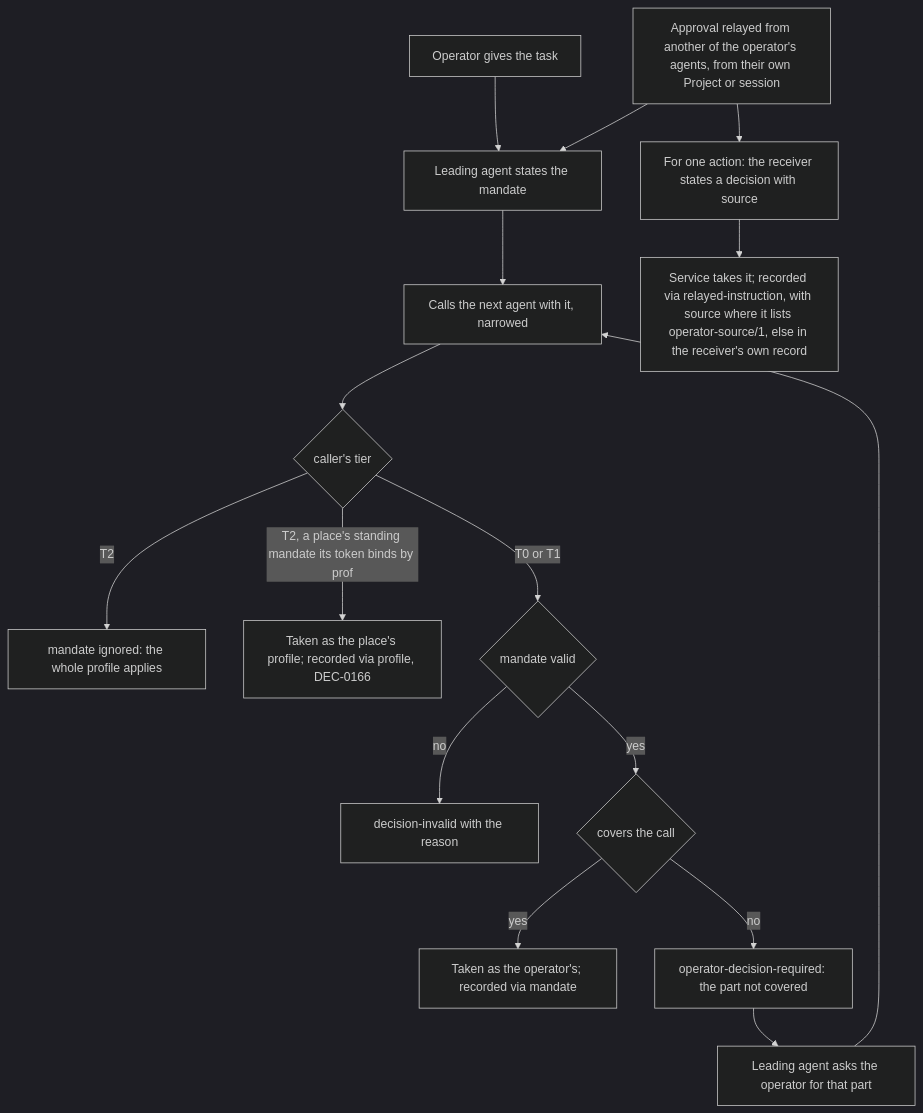
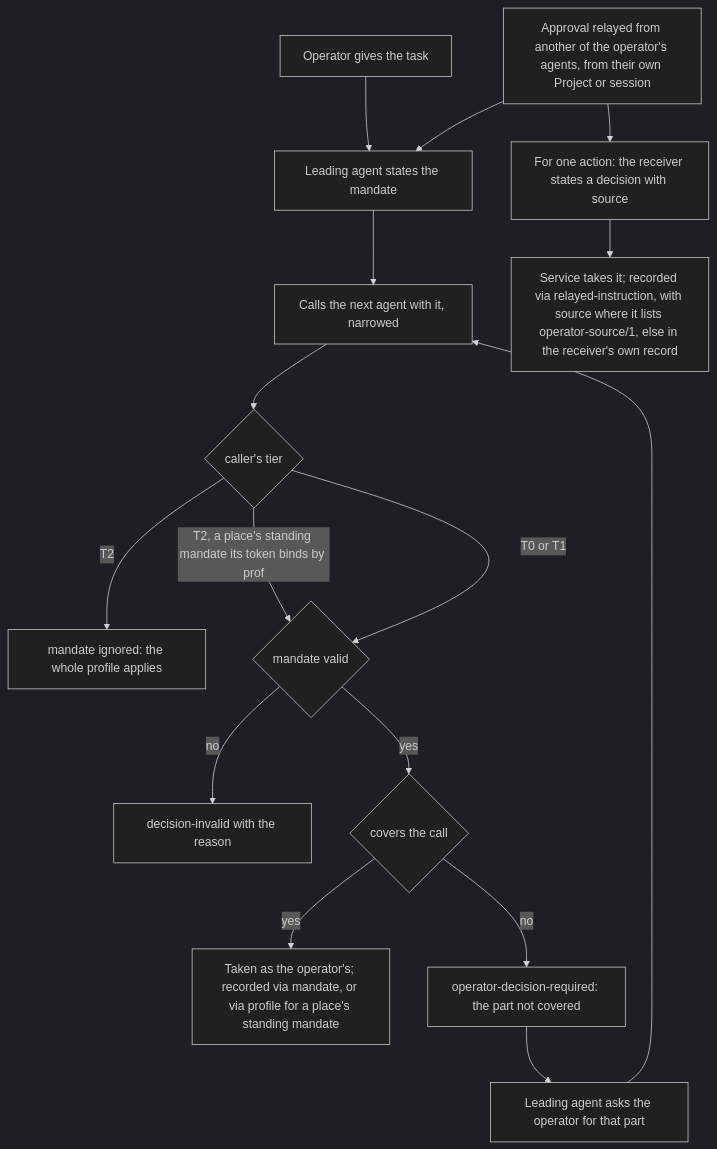
Before and after one commit to passioncode-ai/fabric-agent-contract: diagram 31 of 34 in docs/ux/flows.md, drawn with Mermaid (dark theme). The commit also changed other lines of this file and 17 other files, not shown here.

Commit message:
DEC-0166 round 2 folded: the headless default names the grant's capabilities; interop and DL-19 name the standing mandate; FLW-31 and SCR-30; AU-5 by action id; the chain at T2; a lone surrogate on the document

````diff
--- a/docs/ux/flows.md
+++ b/docs/ux/flows.md
@@ -818,18 +818,18 @@
 ```mermaid
 flowchart TD
   O[Operator gives the task] --> L[Leading agent states the mandate]
   R[Approval relayed from another of the operator's agents, from their own Project or session] --> L
   R --> D[For one action: the receiver states a decision with source]
   D --> S[Service takes it; recorded via relayed-instruction, with source where it lists operator-source/1, else in the receiver's own record]
   L --> C[Calls the next agent with it, narrowed]
   C --> T{caller's tier}
   T -->|T2| X[mandate ignored: the whole profile applies]
-  T -->|T2, a place's standing mandate its token binds by prof| PF[Taken as the place's profile; recorded via profile, DEC-0166]
+  T -->|T2, a place's standing mandate its token binds by prof| V
   T -->|T0 or T1| V{mandate valid}
   V -->|no| I[decision-invalid with the reason]
   V -->|yes| K{covers the call}
-  K -->|yes| A[Taken as the operator's; recorded via mandate]
+  K -->|yes| A[Taken as the operator's; recorded via mandate, or via profile for a place's standing mandate]
   K -->|no| Q[operator-decision-required: the part not covered]
   Q --> P[Leading agent asks the operator for that part]
   P --> C
 ```
````
